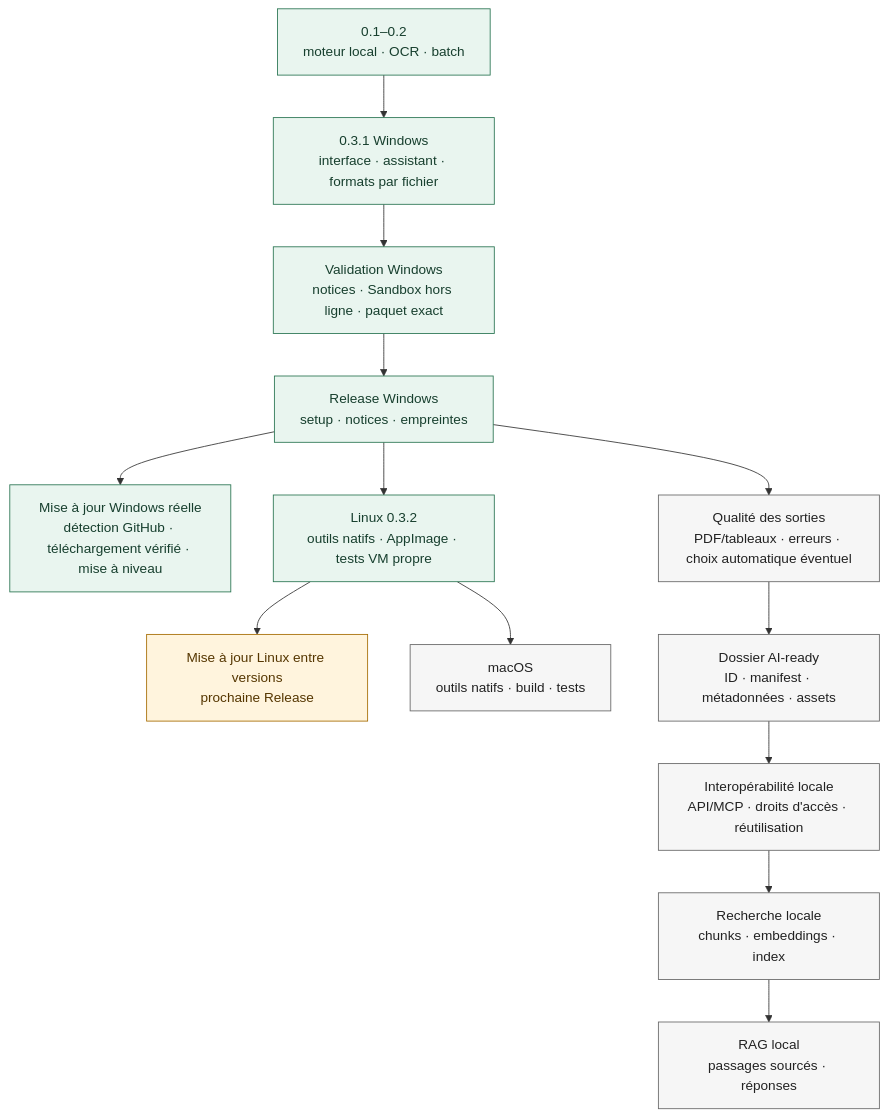
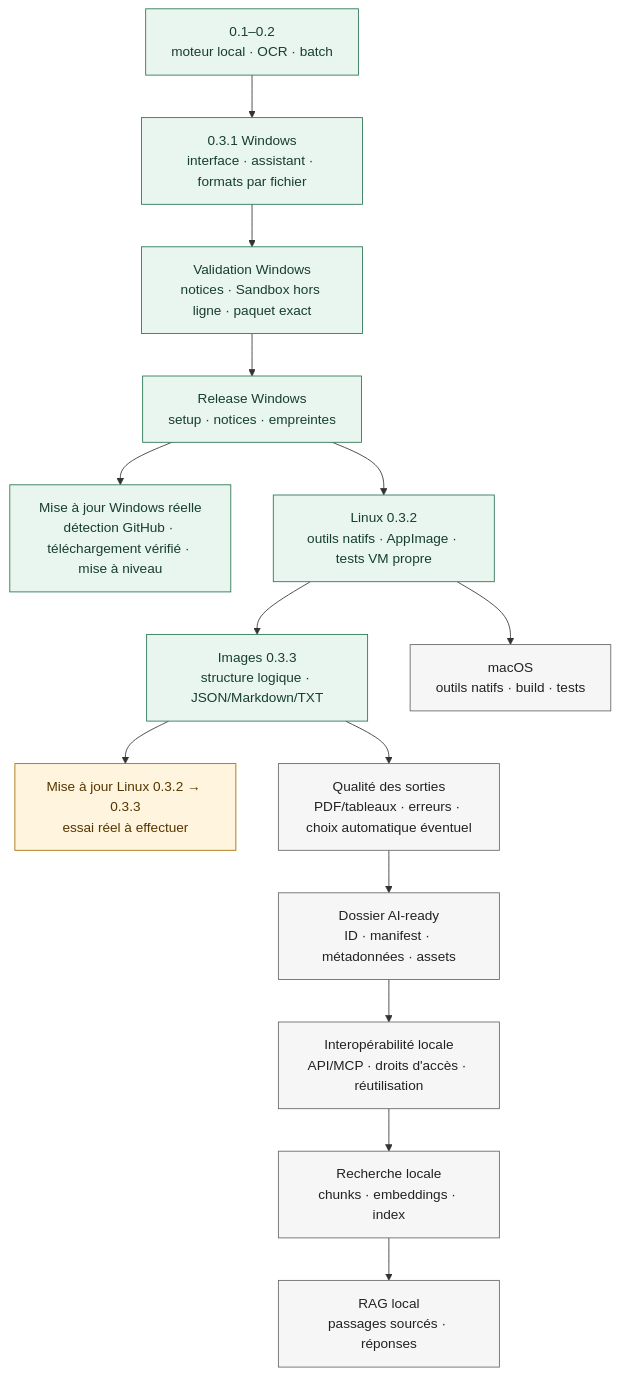
The diagram in docs/ROADMAP.md (ergocogn/local-ai-ready-converter-releases), drawn with Mermaid before and after one commit. The commit also changed other lines of this file and 1 other file, not shown here.

Commit message:
Update roadmap for 0.3.3 image structure release

````diff
--- a/docs/ROADMAP.md
+++ b/docs/ROADMAP.md
@@ -7,21 +7,22 @@
 ```mermaid
 flowchart TB
   A["0.1–0.2<br/>moteur local · OCR · batch"] --> B["0.3.1 Windows<br/>interface · assistant · formats par fichier"]
   B --> C["Validation Windows<br/>notices · Sandbox hors ligne · paquet exact"]
   C --> D["Release Windows<br/>setup · notices · empreintes"]
   D --> U["Mise à jour Windows réelle<br/>détection GitHub · téléchargement vérifié · mise à niveau"]
 
-  D --> L["Linux 0.3.2<br/>outils natifs · AppImage · tests VM propre"] --> UL["Mise à jour Linux entre versions<br/>prochaine Release"]
+  D --> L["Linux 0.3.2<br/>outils natifs · AppImage · tests VM propre"] --> S["Images 0.3.3<br/>structure logique · JSON/Markdown/TXT"]
+  S --> UL["Mise à jour Linux 0.3.2 → 0.3.3<br/>essai réel à effectuer"]
   L --> M["macOS<br/>outils natifs · build · tests"]
-  D --> Q["Qualité des sorties<br/>PDF/tableaux · erreurs · choix automatique éventuel"]
+  S --> Q["Qualité des sorties<br/>PDF/tableaux · erreurs · choix automatique éventuel"]
   Q --> F["Dossier AI-ready<br/>ID · manifest · métadonnées · assets"]
   F --> P["Interopérabilité locale<br/>API/MCP · droits d'accès · réutilisation"]
   P --> K["Recherche locale<br/>chunks · embeddings · index"] --> R["RAG local<br/>passages sourcés · réponses"]
 
   classDef fait fill:#e9f5ef,stroke:#287451,color:#173f2e
   classDef enCours fill:#fff4dd,stroke:#a56b00,color:#553600
   classDef futur fill:#f6f6f6,stroke:#666,color:#222
-  class A,B,C,D,U,L fait
+  class A,B,C,D,U,L,S fait
   class UL enCours
   class M,Q,F,P,K,R futur
 ```
````
